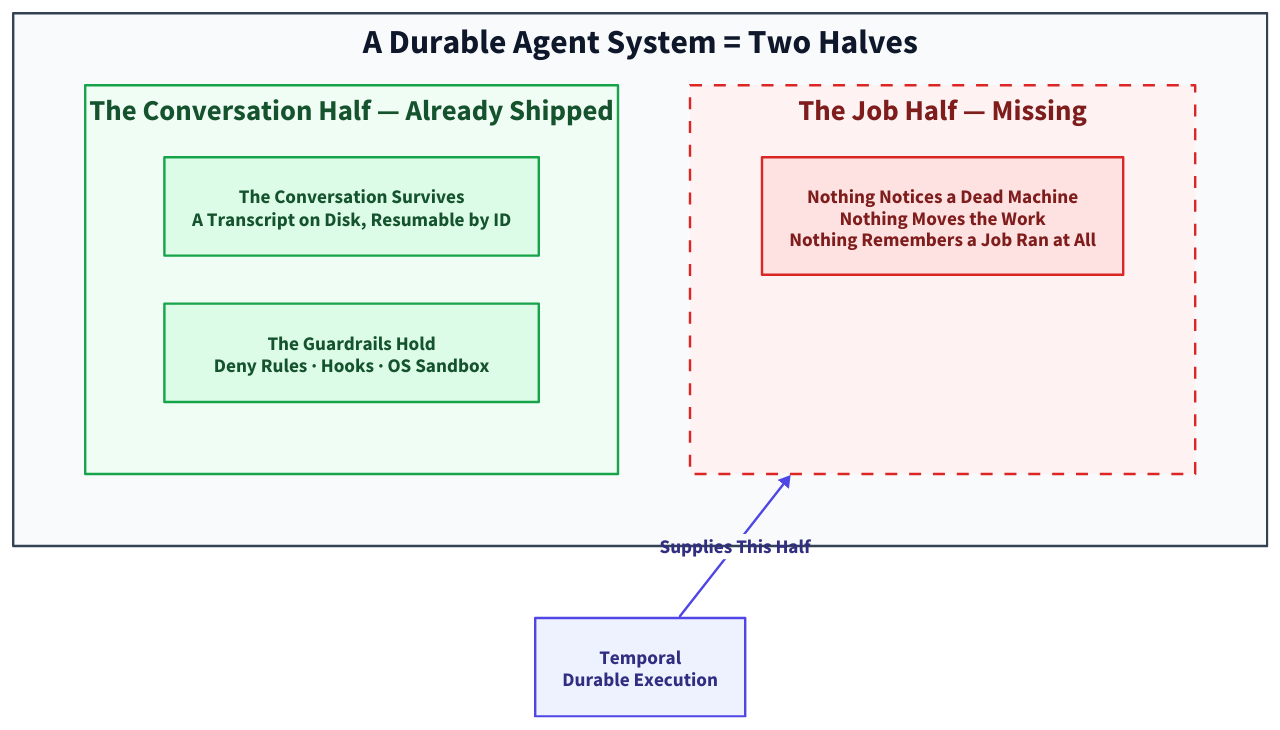
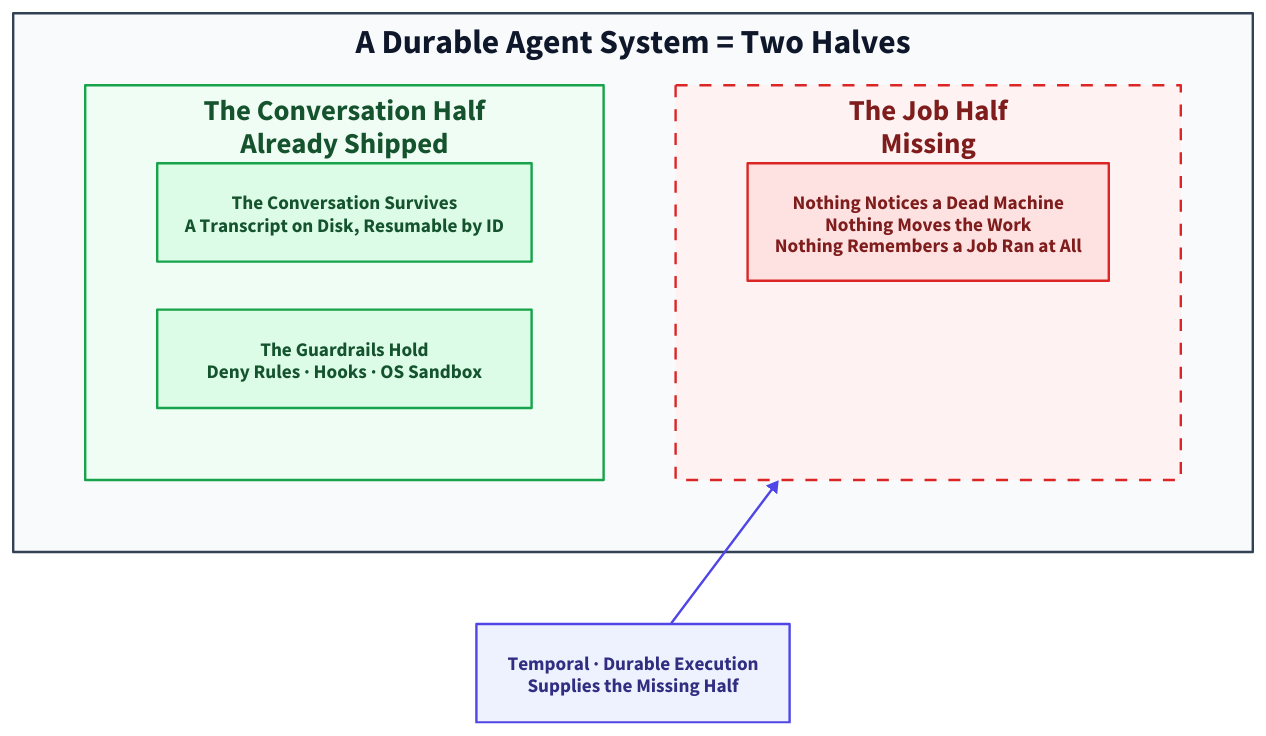
One commit to thumarrushik/crash-proof-team-of-coding-agents changed the diagram in assets/diagram-src/half-a-system.d2. Above: the diagram before and after it, drawn with D2. The commit also changed 5 other files, not shown here.

Commit message:
Fix half-a-system overflow and struck-through label; chunk section shortened around a new three-exits diagram

```diff
--- a/assets/diagram-src/half-a-system.d2
+++ b/assets/diagram-src/half-a-system.d2
@@ -1,35 +1,35 @@
 # A durable agent system is two halves; Claude Code ships one,
 # the job half is a dashed empty slot, and Temporal fills it.
 direction: right
 horizontal-gap: 120
 
 sys: "A Durable Agent System = Two Halves" {
   grid-columns: 2
   horizontal-gap: 60
   style: {fill: "#f8fafc"; stroke: "#334155"; font-color: "#0f172a"; bold: true}
-  have: "The Conversation Half — Already Shipped" {
+  have: "The Conversation Half\nAlready Shipped" {
     grid-columns: 1
     style: {fill: "#f0fdf4"; stroke: "#16a34a"; font-color: "#14532d"; bold: true}
     convo: "The Conversation Survives\nA Transcript on Disk, Resumable by ID" {
       style: {fill: "#dcfce7"; stroke: "#16a34a"; font-color: "#14532d"}
     }
     guard: "The Guardrails Hold\nDeny Rules · Hooks · OS Sandbox" {
       style: {fill: "#dcfce7"; stroke: "#16a34a"; font-color: "#14532d"}
     }
   }
-  miss: "The Job Half — Missing" {
+  miss: "The Job Half\nMissing" {
     grid-columns: 1
     style: {fill: "#fef2f2"; stroke: "#dc2626"; font-color: "#7f1d1d"; bold: true; stroke-dash: 5}
     gone: "Nothing Notices a Dead Machine\nNothing Moves the Work\nNothing Remembers a Job Ran at All" {
       style: {fill: "#fee2e2"; stroke: "#dc2626"; font-color: "#7f1d1d"}
     }
   }
 }
 
-temporal: "Temporal\nDurable Execution" {
+temporal: "Temporal · Durable Execution\nSupplies the Missing Half" {
   style: {fill: "#eef2ff"; stroke: "#4f46e5"; font-color: "#312e81"; bold: true}
 }
 
-temporal -> sys.miss: "Supplies This Half" {
-  style: {stroke: "#4f46e5"; font-color: "#312e81"; bold: true}
+temporal -> sys.miss: {
+  style: {stroke: "#4f46e5"; bold: true}
 }
```
